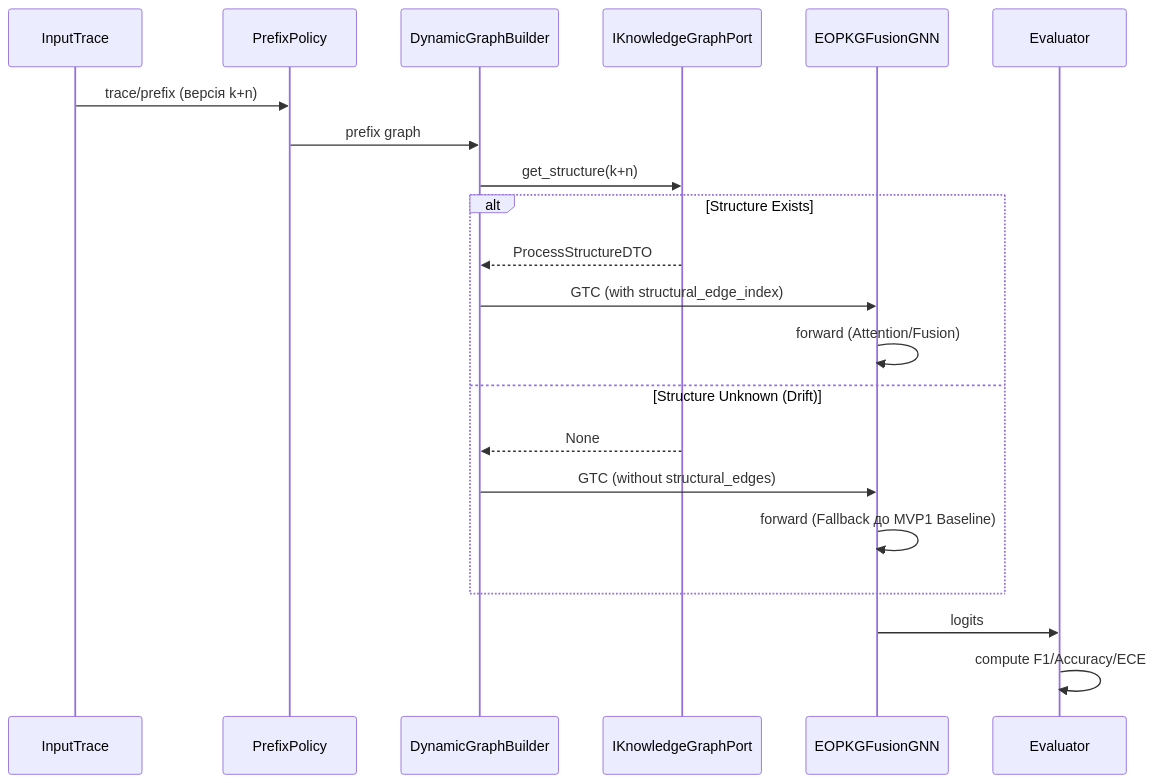
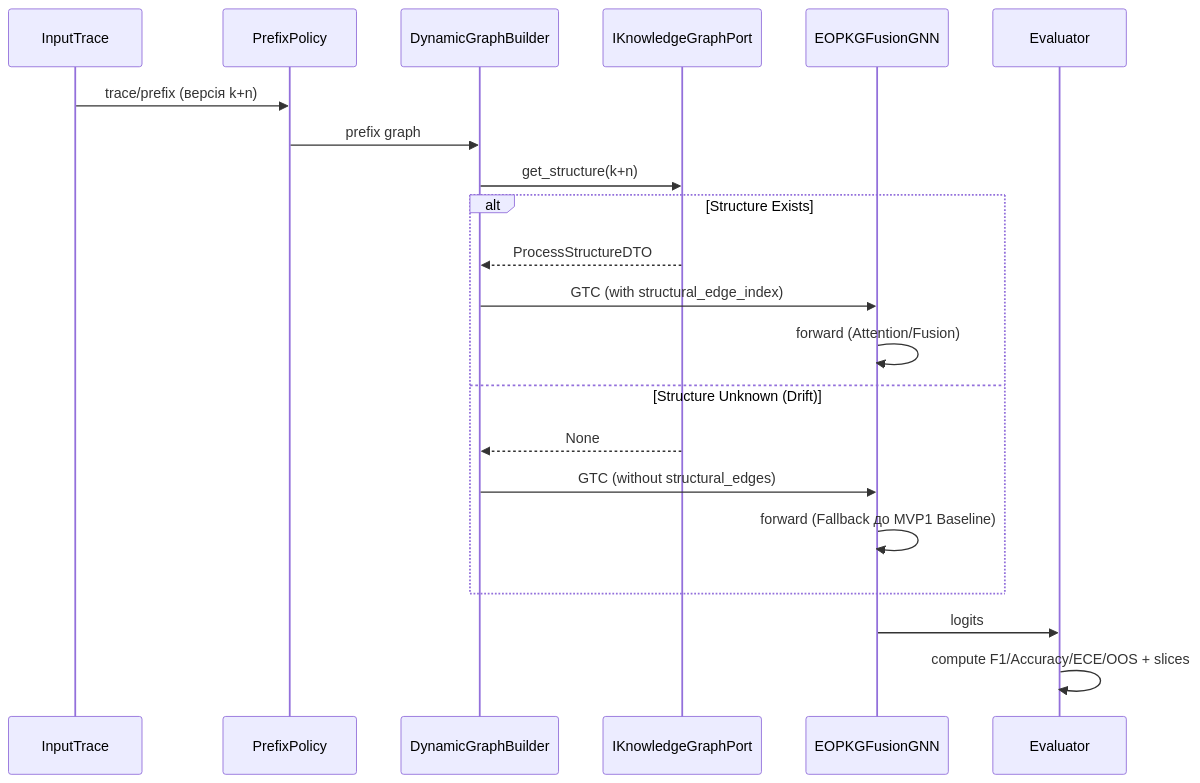
The fourth of 5 diagrams in docs/ARCHITECTURE_MVP2.MD (ghsrg/bpm_prediction), drawn with Mermaid before and after one commit. The commit also changed 4 other files, not shown here.

````diff
--- a/docs/ARCHITECTURE_MVP2.MD
+++ b/docs/ARCHITECTURE_MVP2.MD
@@ -173,26 +173,26 @@
 ```mermaid
 sequenceDiagram
     participant InputTrace
     participant PrefixPolicy
     participant DynamicGraphBuilder
     participant KGPort as IKnowledgeGraphPort
     participant Model as EOPKGFusionGNN
     participant Evaluator
 
     InputTrace->>PrefixPolicy: trace/prefix (версія k+n)
     PrefixPolicy->>DynamicGraphBuilder: prefix graph
     DynamicGraphBuilder->>KGPort: get_structure(k+n)
     
     alt Structure Exists
         KGPort-->>DynamicGraphBuilder: ProcessStructureDTO
         DynamicGraphBuilder->>Model: GTC (with structural_edge_index)
         Model->>Model: forward (Attention/Fusion)
     else Structure Unknown (Drift)
         KGPort-->>DynamicGraphBuilder: None
         DynamicGraphBuilder->>Model: GTC (without structural_edges)
         Model->>Model: forward (Fallback до MVP1 Baseline)
     end
     
     Model->>Evaluator: logits
-    Evaluator->>Evaluator: compute F1/Accuracy/ECE
+    Evaluator->>Evaluator: compute F1/Accuracy/ECE/OOS + slices
 ```
````
